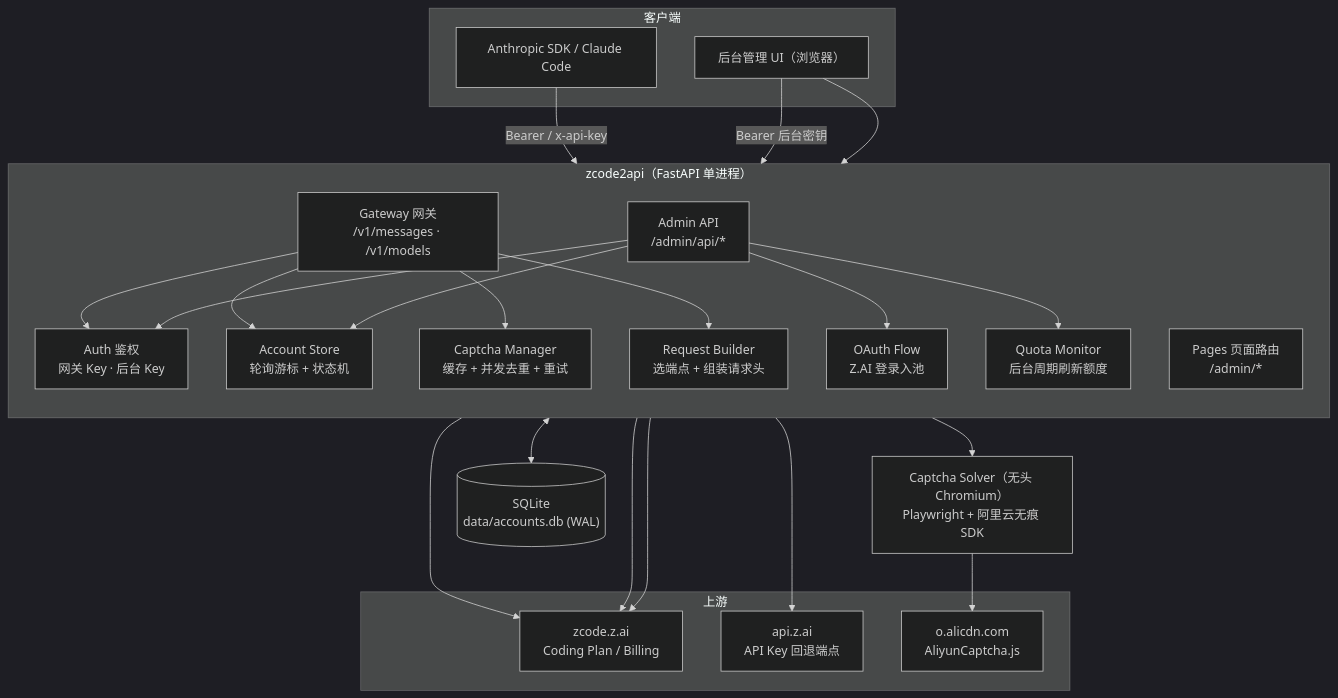
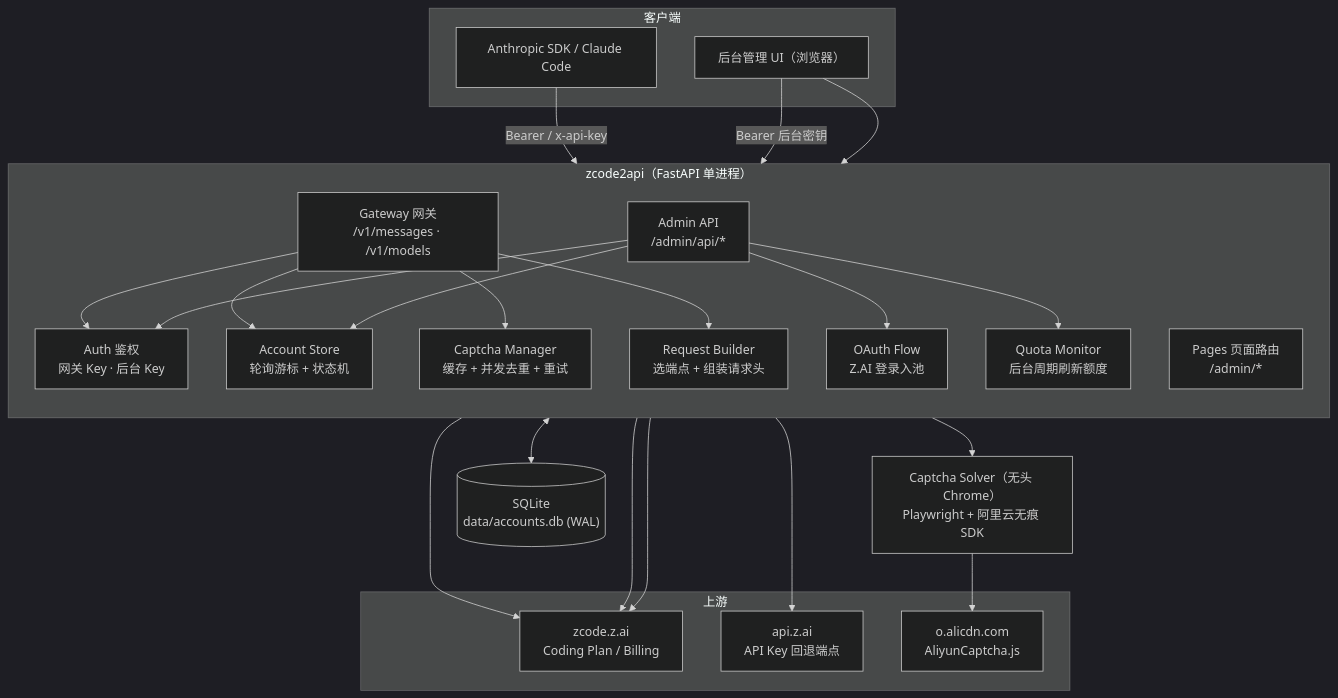
One commit to linlong5201314/zcode2api changed the first of 4 diagrams in docs/ARCHITECTURE.md. Above: the diagram before and after it, drawn with Mermaid (dark theme). The commit also changed other lines of this file, not shown here.

Commit message:
docs: 架构文档同步真实 Chrome 方案

````diff
--- a/docs/ARCHITECTURE.md
+++ b/docs/ARCHITECTURE.md
@@ -26,52 +26,52 @@
 ```mermaid
 graph TD
     subgraph Clients["客户端"]
         SDK["Anthropic SDK / Claude Code"]
         UI["后台管理 UI（浏览器）"]
     end
 
     subgraph App["zcode2api（FastAPI 单进程）"]
         direction TB
         GW["Gateway 网关<br/>/v1/messages · /v1/models"]
         ADMIN["Admin API<br/>/admin/api/*"]
         PAGES["Pages 页面路由<br/>/admin/*"]
         AUTH["Auth 鉴权<br/>网关 Key · 后台 Key"]
         AGENT["Request Builder<br/>选端点 + 组装请求头"]
         STORE["Account Store<br/>轮询游标 + 状态机"]
         QUOTA["Quota Monitor<br/>后台周期刷新额度"]
         CAPTCHA["Captcha Manager<br/>缓存 + 并发去重 + 重试"]
         OAUTH["OAuth Flow<br/>Z.AI 登录入池"]
     end
 
-    SOLVER["Captcha Solver（无头 Chromium）<br/>Playwright + 阿里云无痕 SDK"]
+    SOLVER["Captcha Solver（无头 Chrome）<br/>Playwright + 阿里云无痕 SDK"]
     DB[("SQLite<br/>data/accounts.db (WAL)")]
 
     subgraph Upstream["上游"]
         ZAI["zcode.z.ai<br/>Coding Plan / Billing"]
         ZAIAPI["api.z.ai<br/>API Key 回退端点"]
         ALIYUN["o.alicdn.com<br/>AliyunCaptcha.js"]
     end
 
     SDK -->|"Bearer / x-api-key"| GW
     UI -->|"Bearer 后台密钥"| ADMIN
     UI --> PAGES
 
     GW --> AUTH
     ADMIN --> AUTH
     GW --> STORE
     GW --> CAPTCHA
     GW --> AGENT
     AGENT --> ZAI
     AGENT --> ZAIAPI
 
     CAPTCHA --> SOLVER
     SOLVER --> ALIYUN
 
     ADMIN --> STORE
     ADMIN --> OAUTH
     ADMIN --> QUOTA
     QUOTA --> ZAI
     OAUTH --> ZAI
 
     STORE <--> DB
 ```
````
